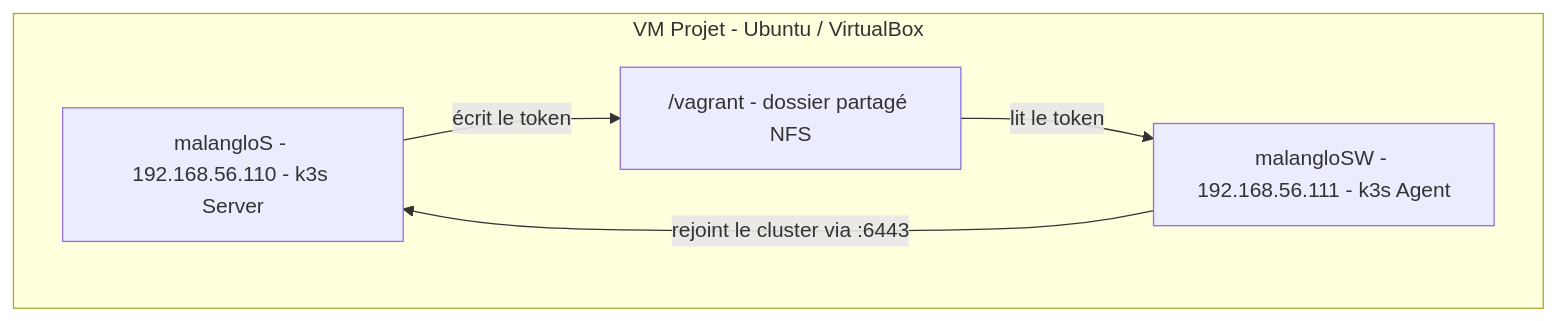
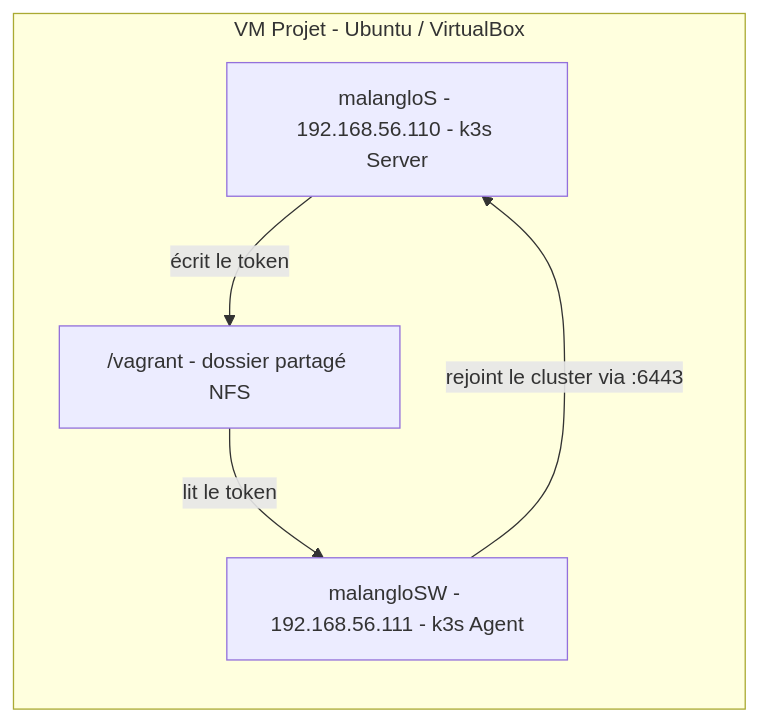
The diagram in p1/README.md (mlanglois26/42_inception_of_things), drawn with Mermaid before and after one commit. The commit also changed other lines of this file, not shown here.

Commit message:
docs(p1): widen mermaid diagram layout, add master vs agent explanation
- Switch mermaid to graph LR with direction TB inside subgraph
  so the label fits on one line with more breathing room
- Add one-sentence explanation of master node vs agent node in intro

````diff
--- a/p1/README.md
+++ b/p1/README.md
@@ -23,12 +25,12 @@
 ```mermaid
-graph TD
+graph LR
     subgraph vmProjet [VM Projet - Ubuntu / VirtualBox]
-
+        direction TB
         server["malangloS - 192.168.56.110 - k3s Server"]
         agent["malangloSW - 192.168.56.111 - k3s Agent"]
         nfs["/vagrant - dossier partagé NFS"]
     end
     server -- "écrit le token" --> nfs
     nfs -- "lit le token" --> agent
     agent -- "rejoint le cluster via :6443" --> server
 ```
````
